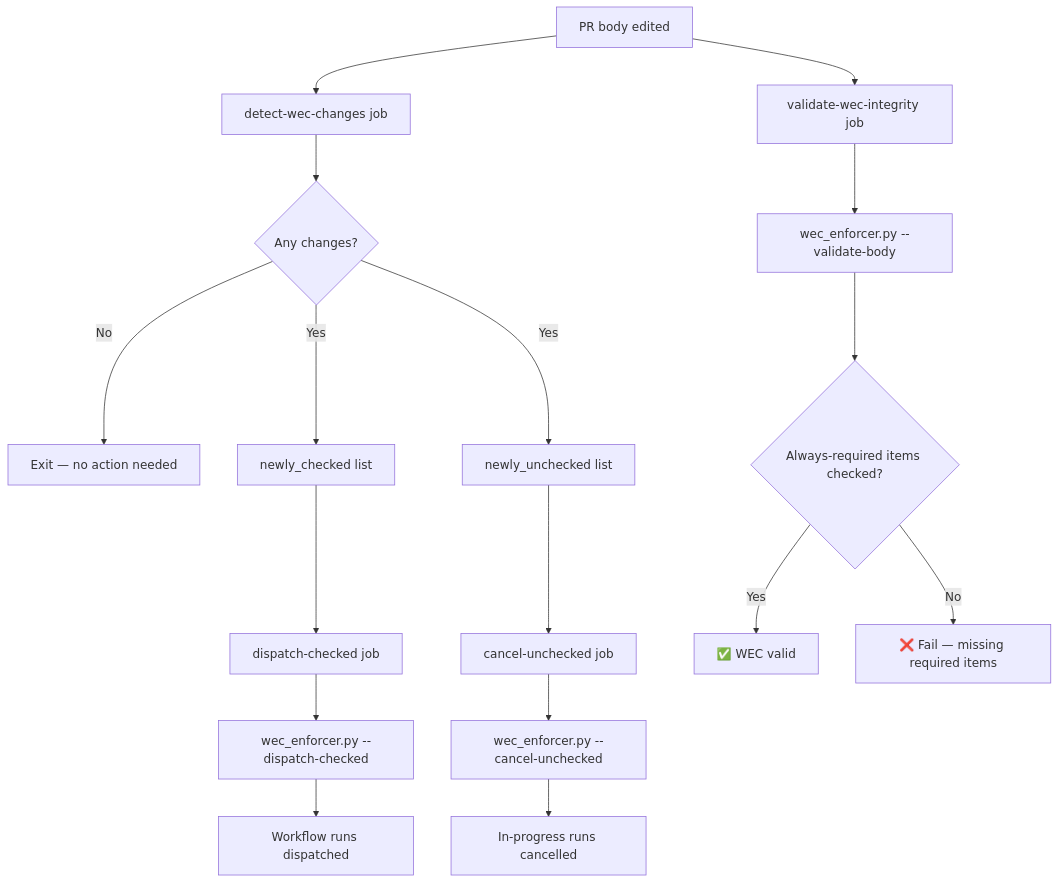
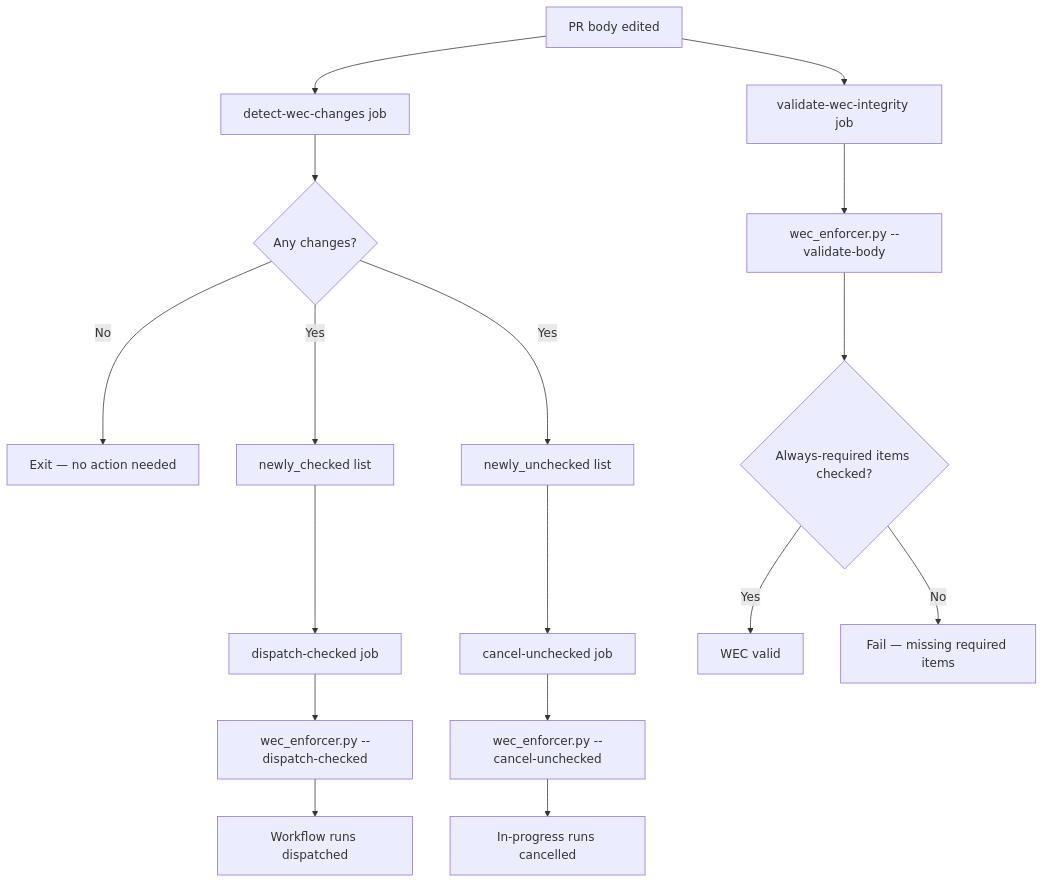
The third of 3 diagrams in docs/ci/PR_WORKFLOW_COMMENT_PLAN.md (Aries-Serpent/_codex_), drawn with Mermaid before and after one commit. The commit also changed other lines of this file and 2029 other files, not shown here.

````diff
--- a/docs/ci/PR_WORKFLOW_COMMENT_PLAN.md
+++ b/docs/ci/PR_WORKFLOW_COMMENT_PLAN.md
@@ -186,20 +188,20 @@
 ```mermaid
 %%{init: {'accessibility': {'title': 'Flowchart showing PR body edited, detect-wec-changes job'}}%%
 flowchart TD
     A[PR body edited] --> B[detect-wec-changes job]
     B --> C{Any changes?}
     C -- No --> D[Exit — no action needed]
     C -- Yes --> E[newly_checked list]
     C -- Yes --> F[newly_unchecked list]
     E --> G[dispatch-checked job]
     F --> H[cancel-unchecked job]
     G --> I[wec_enforcer.py --dispatch-checked]
     H --> J[wec_enforcer.py --cancel-unchecked]
     I --> K[Workflow runs dispatched]
     J --> L[In-progress runs cancelled]
     A --> M[validate-wec-integrity job]
     M --> N[wec_enforcer.py --validate-body]
     N --> O{Always-required items checked?}
-    O -- Yes --> P[✅ WEC valid]
-    O -- No --> Q[❌ Fail — missing required items]
+    O -- Yes --> P[ WEC valid]
+    O -- No --> Q[ Fail — missing required items]
 ```
````
